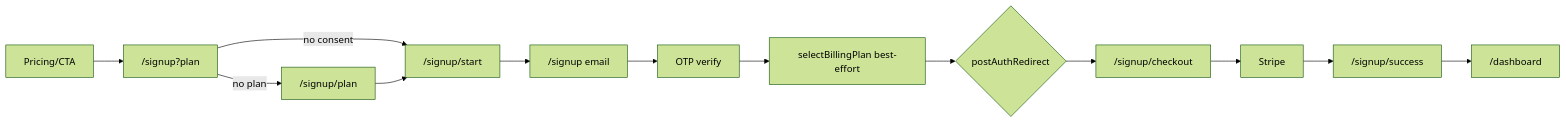
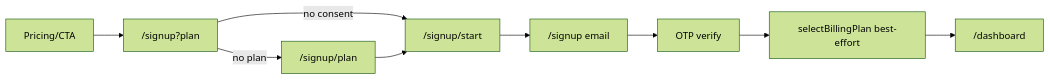
Before and after one commit to Subhajitdas99/ZizkaDB: the second of 5 diagrams in dashboard/DASHBOARD_KNOWLEDGE_BASE.md, drawn with Mermaid (forest theme). The commit also changed other lines of this file and 30 other files, not shown here.

First line of the commit message:
Remove Stripe billing and simplify signup to plan-trial flow. (#23)

````diff
--- a/dashboard/DASHBOARD_KNOWLEDGE_BASE.md
+++ b/dashboard/DASHBOARD_KNOWLEDGE_BASE.md
@@ -223,15 +212,11 @@
 ```mermaid
 flowchart LR
   A[Pricing/CTA] --> B["/signup?plan"]
   B -->|no plan| P["/signup/plan"]
   B -->|no consent| S["/signup/start"]
   P --> S
   S --> E["/signup email"]
   E --> O["OTP verify"]
   O --> sel["selectBillingPlan best-effort"]
-  sel --> R{postAuthRedirect}
-  R --> C["/signup/checkout"]
-  C --> stripe[Stripe]
-  stripe --> Su["/signup/success"]
-  Su --> D["/dashboard"]
+  sel --> D["/dashboard"]
 ```
````
